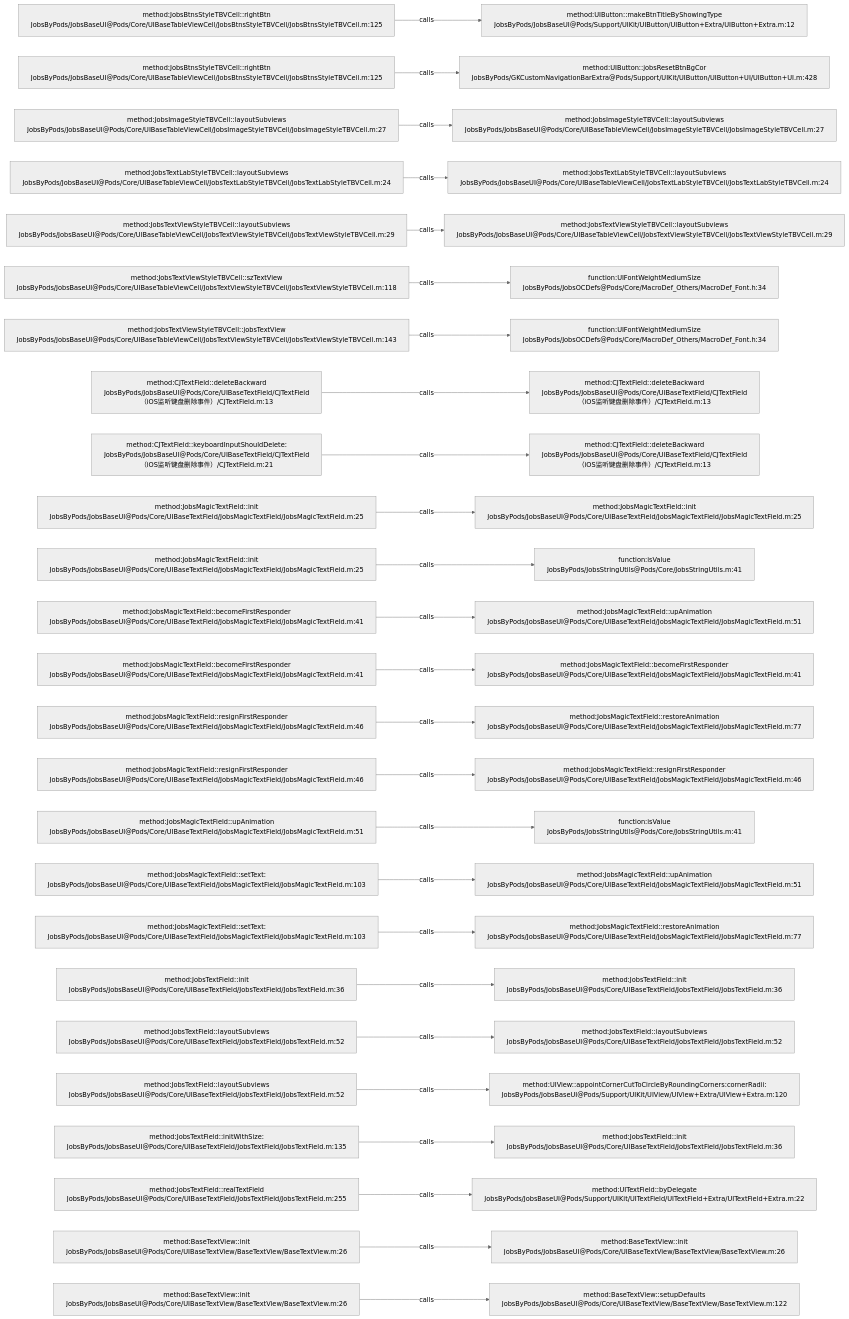
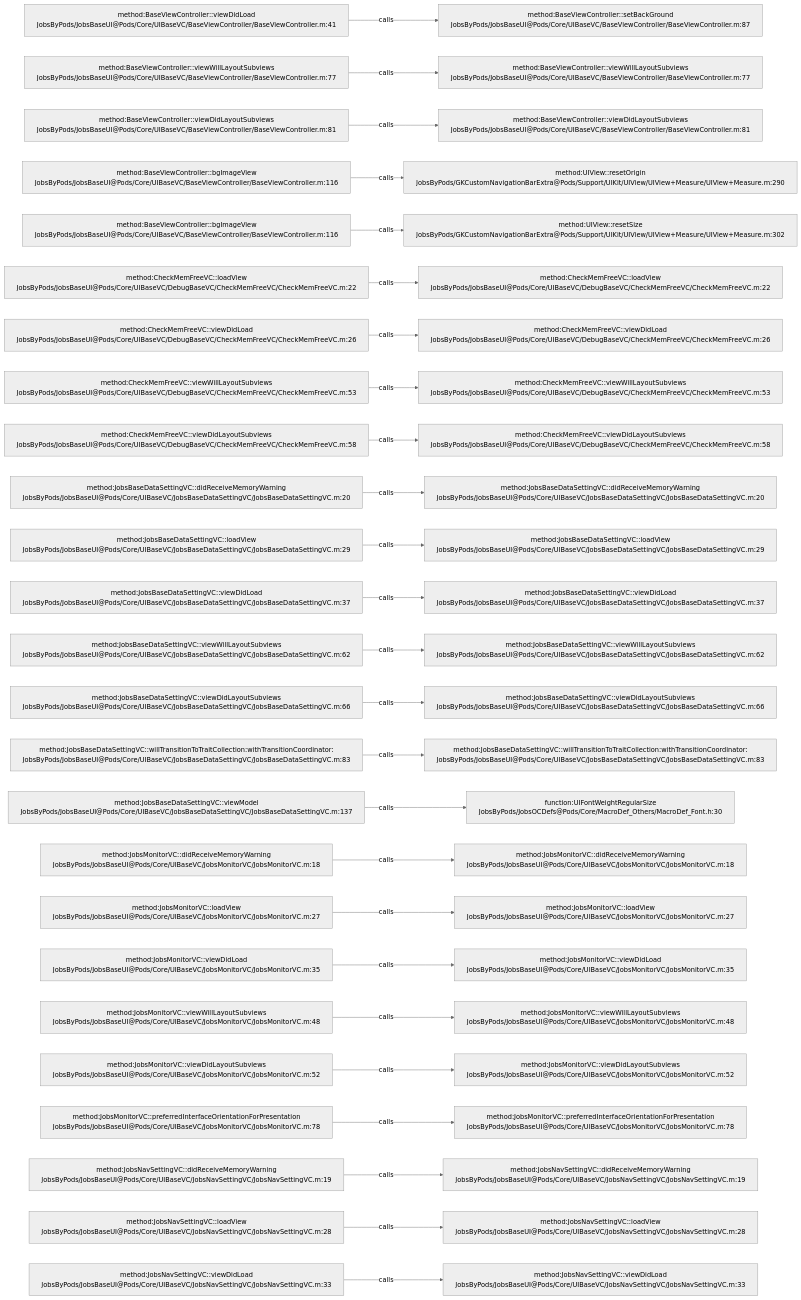
One commit to JobsKits/JobsOCBaseConfigDemo changed the diagram in .codegraph/codegraph.md/graphs/calls-032.md. Above: the diagram before and after it, drawn with Mermaid (neutral theme). The commit also changed 639 other files, not shown here.

````diff
--- a/.codegraph/codegraph.md/graphs/calls-032.md
+++ b/.codegraph/codegraph.md/graphs/calls-032.md
@@ -13,78 +13,78 @@
 ```mermaid
 flowchart LR
-  S1["method:JobsBtnsStyleTBVCell::rightBtn<br/>JobsByPods/JobsBaseUI@Pods/Core/UIBaseTableViewCell/JobsBtnsStyleTBVCell/JobsBtnsStyleTBVCell.m:125"]
-  T1["method:UIButton::makeBtnTitleByShowingType<br/>JobsByPods/JobsBaseUI@Pods/Support/UIKit/UIButton/UIButton+Extra/UIButton+Extra.m:12"]
+  S1["method:BaseViewController::viewDidLoad<br/>JobsByPods/JobsBaseUI@Pods/Core/UIBaseVC/BaseViewController/BaseViewController.m:41"]
+  T1["method:BaseViewController::setBackGround<br/>JobsByPods/JobsBaseUI@Pods/Core/UIBaseVC/BaseViewController/BaseViewController.m:87"]
   S1 -->|calls| T1
-  S2["method:JobsBtnsStyleTBVCell::rightBtn<br/>JobsByPods/JobsBaseUI@Pods/Core/UIBaseTableViewCell/JobsBtnsStyleTBVCell/JobsBtnsStyleTBVCell.m:125"]
-  T2["method:UIButton::jobsResetBtnBgCor<br/>JobsByPods/GKCustomNavigationBarExtra@Pods/Support/UIKit/UIButton/UIButton+UI/UIButton+UI.m:428"]
+  S2["method:BaseViewController::viewWillLayoutSubviews<br/>JobsByPods/JobsBaseUI@Pods/Core/UIBaseVC/BaseViewController/BaseViewController.m:77"]
+  T2["method:BaseViewController::viewWillLayoutSubviews<br/>JobsByPods/JobsBaseUI@Pods/Core/UIBaseVC/BaseViewController/BaseViewController.m:77"]
   S2 -->|calls| T2
-  S3["method:JobsImageStyleTBVCell::layoutSubviews<br/>JobsByPods/JobsBaseUI@Pods/Core/UIBaseTableViewCell/JobsImageStyleTBVCell/JobsImageStyleTBVCell.m:27"]
-  T3["method:JobsImageStyleTBVCell::layoutSubviews<br/>JobsByPods/JobsBaseUI@Pods/Core/UIBaseTableViewCell/JobsImageStyleTBVCell/JobsImageStyleTBVCell.m:27"]
+  S3["method:BaseViewController::viewDidLayoutSubviews<br/>JobsByPods/JobsBaseUI@Pods/Core/UIBaseVC/BaseViewController/BaseViewController.m:81"]
+  T3["method:BaseViewController::viewDidLayoutSubviews<br/>JobsByPods/JobsBaseUI@Pods/Core/UIBaseVC/BaseViewController/BaseViewController.m:81"]
   S3 -->|calls| T3
-  S4["method:JobsTextLabStyleTBVCell::layoutSubviews<br/>JobsByPods/JobsBaseUI@Pods/Core/UIBaseTableViewCell/JobsTextLabStyleTBVCell/JobsTextLabStyleTBVCell.m:24"]
-  T4["method:JobsTextLabStyleTBVCell::layoutSubviews<br/>JobsByPods/JobsBaseUI@Pods/Core/UIBaseTableViewCell/JobsTextLabStyleTBVCell/JobsTextLabStyleTBVCell.m:24"]
+  S4["method:BaseViewController::bgImageView<br/>JobsByPods/JobsBaseUI@Pods/Core/UIBaseVC/BaseViewController/BaseViewController.m:116"]
+  T4["method:UIView::resetOrigin<br/>JobsByPods/GKCustomNavigationBarExtra@Pods/Support/UIKit/UIView/UIView+Measure/UIView+Measure.m:290"]
   S4 -->|calls| T4
-  S5["method:JobsTextViewStyleTBVCell::layoutSubviews<br/>JobsByPods/JobsBaseUI@Pods/Core/UIBaseTableViewCell/JobsTextViewStyleTBVCell/JobsTextViewStyleTBVCell.m:29"]
-  T5["method:JobsTextViewStyleTBVCell::layoutSubviews<br/>JobsByPods/JobsBaseUI@Pods/Core/UIBaseTableViewCell/JobsTextViewStyleTBVCell/JobsTextViewStyleTBVCell.m:29"]
+  S5["method:BaseViewController::bgImageView<br/>JobsByPods/JobsBaseUI@Pods/Core/UIBaseVC/BaseViewController/BaseViewController.m:116"]
+  T5["method:UIView::resetSize<br/>JobsByPods/GKCustomNavigationBarExtra@Pods/Support/UIKit/UIView/UIView+Measure/UIView+Measure.m:302"]
   S5 -->|calls| T5
-  S6["method:JobsTextViewStyleTBVCell::szTextView<br/>JobsByPods/JobsBaseUI@Pods/Core/UIBaseTableViewCell/JobsTextViewStyleTBVCell/JobsTextViewStyleTBVCell.m:118"]
-  T6["function:UIFontWeightMediumSize<br/>JobsByPods/JobsOCDefs@Pods/Core/MacroDef_Others/MacroDef_Font.h:34"]
+  S6["method:CheckMemFreeVC::loadView<br/>JobsByPods/JobsBaseUI@Pods/Core/UIBaseVC/DebugBaseVC/CheckMemFreeVC/CheckMemFreeVC.m:22"]
+  T6["method:CheckMemFreeVC::loadView<br/>JobsByPods/JobsBaseUI@Pods/Core/UIBaseVC/DebugBaseVC/CheckMemFreeVC/CheckMemFreeVC.m:22"]
   S6 -->|calls| T6
-  S7["method:JobsTextViewStyleTBVCell::jobsTextView<br/>JobsByPods/JobsBaseUI@Pods/Core/UIBaseTableViewCell/JobsTextViewStyleTBVCell/JobsTextViewStyleTBVCell.m:143"]
-  T7["function:UIFontWeightMediumSize<br/>JobsByPods/JobsOCDefs@Pods/Core/MacroDef_Others/MacroDef_Font.h:34"]
+  S7["method:CheckMemFreeVC::viewDidLoad<br/>JobsByPods/JobsBaseUI@Pods/Core/UIBaseVC/DebugBaseVC/CheckMemFreeVC/CheckMemFreeVC.m:26"]
+  T7["method:CheckMemFreeVC::viewDidLoad<br/>JobsByPods/JobsBaseUI@Pods/Core/UIBaseVC/DebugBaseVC/CheckMemFreeVC/CheckMemFreeVC.m:26"]
   S7 -->|calls| T7
-  S8["method:CJTextField::deleteBackward<br/>JobsByPods/JobsBaseUI@Pods/Core/UIBaseTextField/CJTextField（iOS监听键盘删除事件）/CJTextField.m:13"]
-  T8["method:CJTextField::deleteBackward<br/>JobsByPods/JobsBaseUI@Pods/Core/UIBaseTextField/CJTextField（iOS监听键盘删除事件）/CJTextField.m:13"]
+  S8["method:CheckMemFreeVC::viewWillLayoutSubviews<br/>JobsByPods/JobsBaseUI@Pods/Core/UIBaseVC/DebugBaseVC/CheckMemFreeVC/CheckMemFreeVC.m:53"]
+  T8["method:CheckMemFreeVC::viewWillLayoutSubviews<br/>JobsByPods/JobsBaseUI@Pods/Core/UIBaseVC/DebugBaseVC/CheckMemFreeVC/CheckMemFreeVC.m:53"]
   S8 -->|calls| T8
-  S9["method:CJTextField::keyboardInputShouldDelete:<br/>JobsByPods/JobsBaseUI@Pods/Core/UIBaseTextField/CJTextField（iOS监听键盘删除事件）/CJTextField.m:21"]
-  T9["method:CJTextField::deleteBackward<br/>JobsByPods/JobsBaseUI@Pods/Core/UIBaseTextField/CJTextField（iOS监听键盘删除事件）/CJTextField.m:13"]
+  S9["method:CheckMemFreeVC::viewDidLayoutSubviews<br/>JobsByPods/JobsBaseUI@Pods/Core/UIBaseVC/DebugBaseVC/CheckMemFreeVC/CheckMemFreeVC.m:58"]
+  T9["method:CheckMemFreeVC::viewDidLayoutSubviews<br/>JobsByPods/JobsBaseUI@Pods/Core/UIBaseVC/DebugBaseVC/CheckMemFreeVC/CheckMemFreeVC.m:58"]
   S9 -->|calls| T9
-  S10["method:JobsMagicTextField::init<br/>JobsByPods/JobsBaseUI@Pods/Core/UIBaseTextField/JobsMagicTextField/JobsMagicTextField.m:25"]
-  T10["method:JobsMagicTextField::init<br/>JobsByPods/JobsBaseUI@Pods/Core/UIBaseTextField/JobsMagicTextField/JobsMagicTextField.m:25"]
+  S10["method:JobsBaseDataSettingVC::didReceiveMemoryWarning<br/>JobsByPods/JobsBaseUI@Pods/Core/UIBaseVC/JobsBaseDataSettingVC/JobsBaseDataSettingVC.m:20"]
+  T10["method:JobsBaseDataSettingVC::didReceiveMemoryWarning<br/>JobsByPods/JobsBaseUI@Pods/Core/UIBaseVC/JobsBaseDataSettingVC/JobsBaseDataSettingVC.m:20"]
   S10 -->|calls| T10
-  S11["method:JobsMagicTextField::init<br/>JobsByPods/JobsBaseUI@Pods/Core/UIBaseTextField/JobsMagicTextField/JobsMagicTextField.m:25"]
-  T11["function:isValue<br/>JobsByPods/JobsStringUtils@Pods/Core/JobsStringUtils.m:41"]
+  S11["method:JobsBaseDataSettingVC::loadView<br/>JobsByPods/JobsBaseUI@Pods/Core/UIBaseVC/JobsBaseDataSettingVC/JobsBaseDataSettingVC.m:29"]
+  T11["method:JobsBaseDataSettingVC::loadView<br/>JobsByPods/JobsBaseUI@Pods/Core/UIBaseVC/JobsBaseDataSettingVC/JobsBaseDataSettingVC.m:29"]
   S11 -->|calls| T11
-  S12["method:JobsMagicTextField::becomeFirstResponder<br/>JobsByPods/JobsBaseUI@Pods/Core/UIBaseTextField/JobsMagicTextField/JobsMagicTextField.m:41"]
-  T12["method:JobsMagicTextField::upAnimation<br/>JobsByPods/JobsBaseUI@Pods/Core/UIBaseTextField/JobsMagicTextField/JobsMagicTextField.m:51"]
+  S12["method:JobsBaseDataSettingVC::viewDidLoad<br/>JobsByPods/JobsBaseUI@Pods/Core/UIBaseVC/JobsBaseDataSettingVC/JobsBaseDataSettingVC.m:37"]
+  T12["method:JobsBaseDataSettingVC::viewDidLoad<br/>JobsByPods/JobsBaseUI@Pods/Core/UIBaseVC/JobsBaseDataSettingVC/JobsBaseDataSettingVC.m:37"]
   S12 -->|calls| T12
-  S13["method:JobsMagicTextField::becomeFirstResponder<br/>JobsByPods/JobsBaseUI@Pods/Core/UIBaseTextField/JobsMagicTextField/JobsMagicTextField.m:41"]
-  T13["method:JobsMagicTextField::becomeFirstResponder<br/>JobsByPods/JobsBaseUI@Pods/Core/UIBaseTextField/JobsMagicTextField/JobsMagicTextField.m:41"]
+  S13["method:JobsBaseDataSettingVC::viewWillLayoutSubviews<br/>JobsByPods/JobsBaseUI@Pods/Core/UIBaseVC/JobsBaseDataSettingVC/JobsBaseDataSettingVC.m:62"]
+  T13["method:JobsBaseDataSettingVC::viewWillLayoutSubviews<br/>JobsByPods/JobsBaseUI@Pods/Core/UIBaseVC/JobsBaseDataSettingVC/JobsBaseDataSettingVC.m:62"]
   S13 -->|calls| T13
-  S14["method:JobsMagicTextField::resignFirstResponder<br/>JobsByPods/JobsBaseUI@Pods/Core/UIBaseTextField/JobsMagicTextField/JobsMagicTextField.m:46"]
-  T14["method:JobsMagicTextField::restoreAnimation<br/>JobsByPods/JobsBaseUI@Pods/Core/UIBaseTextField/JobsMagicTextField/JobsMagicTextField.m:77"]
+  S14["method:JobsBaseDataSettingVC::viewDidLayoutSubviews<br/>JobsByPods/JobsBaseUI@Pods/Core/UIBaseVC/JobsBaseDataSettingVC/JobsBaseDataSettingVC.m:66"]
+  T14["method:JobsBaseDataSettingVC::viewDidLayoutSubviews<br/>JobsByPods/JobsBaseUI@Pods/Core/UIBaseVC/JobsBaseDataSettingVC/JobsBaseDataSettingVC.m:66"]
   S14 -->|calls| T14
-  S15["method:JobsMagicTextField::resignFirstResponder<br/>JobsByPods/JobsBaseUI@Pods/Core/UIBaseTextField/JobsMagicTextField/JobsMagicTextField.m:46"]
-  T15["method:JobsMagicTextField::resignFirstResponder<br/>JobsByPods/JobsBaseUI@Pods/Core/UIBaseTextField/JobsMagicTextField/JobsMagicTextField.m:46"]
+  S15["method:JobsBaseDataSettingVC::willTransitionToTraitCollection:withTransitionCoordinator:<br/>JobsByPods/JobsBaseUI@Pods/Core/UIBaseVC/JobsBaseDataSettingVC/JobsBaseDataSettingVC.m:83"]
+  T15["method:JobsBaseDataSettingVC::willTransitionToTraitCollection:withTransitionCoordinator:<br/>JobsByPods/JobsBaseUI@Pods/Core/UIBaseVC/JobsBaseDataSettingVC/JobsBaseDataSettingVC.m:83"]
   S15 -->|calls| T15
-  S16["method:JobsMagicTextField::upAnimation<br/>JobsByPods/JobsBaseUI@Pods/Core/UIBaseTextField/JobsMagicTextField/JobsMagicTextField.m:51"]
-  T16["function:isValue<br/>JobsByPods/JobsStringUtils@Pods/Core/JobsStringUtils.m:41"]
+  S16["method:JobsBaseDataSettingVC::viewModel<br/>JobsByPods/JobsBaseUI@Pods/Core/UIBaseVC/JobsBaseDataSettingVC/JobsBaseDataSettingVC.m:137"]
+  T16["function:UIFontWeightRegularSize<br/>JobsByPods/JobsOCDefs@Pods/Core/MacroDef_Others/MacroDef_Font.h:30"]
   S16 -->|calls| T16
-  S17["method:JobsMagicTextField::setText:<br/>JobsByPods/JobsBaseUI@Pods/Core/UIBaseTextField/JobsMagicTextField/JobsMagicTextField.m:103"]
-  T17["method:JobsMagicTextField::upAnimation<br/>JobsByPods/JobsBaseUI@Pods/Core/UIBaseTextField/JobsMagicTextField/JobsMagicTextField.m:51"]
+  S17["method:JobsMonitorVC::didReceiveMemoryWarning<br/>JobsByPods/JobsBaseUI@Pods/Core/UIBaseVC/JobsMonitorVC/JobsMonitorVC.m:18"]
+  T17["method:JobsMonitorVC::didReceiveMemoryWarning<br/>JobsByPods/JobsBaseUI@Pods/Core/UIBaseVC/JobsMonitorVC/JobsMonitorVC.m:18"]
   S17 -->|calls| T17
-  S18["method:JobsMagicTextField::setText:<br/>JobsByPods/JobsBaseUI@Pods/Core/UIBaseTextField/JobsMagicTextField/JobsMagicTextField.m:103"]
-  T18["method:JobsMagicTextField::restoreAnimation<br/>JobsByPods/JobsBaseUI@Pods/Core/UIBaseTextField/JobsMagicTextField/JobsMagicTextField.m:77"]
+  S18["method:JobsMonitorVC::loadView<br/>JobsByPods/JobsBaseUI@Pods/Core/UIBaseVC/JobsMonitorVC/JobsMonitorVC.m:27"]
+  T18["method:JobsMonitorVC::loadView<br/>JobsByPods/JobsBaseUI@Pods/Core/UIBaseVC/JobsMonitorVC/JobsMonitorVC.m:27"]
   S18 -->|calls| T18
-  S19["method:JobsTextField::init<br/>JobsByPods/JobsBaseUI@Pods/Core/UIBaseTextField/JobsTextField/JobsTextField.m:36"]
-  T19["method:JobsTextField::init<br/>JobsByPods/JobsBaseUI@Pods/Core/UIBaseTextField/JobsTextField/JobsTextField.m:36"]
+  S19["method:JobsMonitorVC::viewDidLoad<br/>JobsByPods/JobsBaseUI@Pods/Core/UIBaseVC/JobsMonitorVC/JobsMonitorVC.m:35"]
+  T19["method:JobsMonitorVC::viewDidLoad<br/>JobsByPods/JobsBaseUI@Pods/Core/UIBaseVC/JobsMonitorVC/JobsMonitorVC.m:35"]
   S19 -->|calls| T19
-  S20["method:JobsTextField::layoutSubviews<br/>JobsByPods/JobsBaseUI@Pods/Core/UIBaseTextField/JobsTextField/JobsTextField.m:52"]
-  T20["method:JobsTextField::layoutSubviews<br/>JobsByPods/JobsBaseUI@Pods/Core/UIBaseTextField/JobsTextField/JobsTextField.m:52"]
+  S20["method:JobsMonitorVC::viewWillLayoutSubviews<br/>JobsByPods/JobsBaseUI@Pods/Core/UIBaseVC/JobsMonitorVC/JobsMonitorVC.m:48"]
+  T20["method:JobsMonitorVC::viewWillLayoutSubviews<br/>JobsByPods/JobsBaseUI@Pods/Core/UIBaseVC/JobsMonitorVC/JobsMonitorVC.m:48"]
   S20 -->|calls| T20
-  S21["method:JobsTextField::layoutSubviews<br/>JobsByPods/JobsBaseUI@Pods/Core/UIBaseTextField/JobsTextField/JobsTextField.m:52"]
-  T21["method:UIView::appointCornerCutToCircleByRoundingCorners:cornerRadii:<br/>JobsByPods/JobsBaseUI@Pods/Support/UIKit/UIView/UIView+Extra/UIView+Extra.m:120"]
+  S21["method:JobsMonitorVC::viewDidLayoutSubviews<br/>JobsByPods/JobsBaseUI@Pods/Core/UIBaseVC/JobsMonitorVC/JobsMonitorVC.m:52"]
+  T21["method:JobsMonitorVC::viewDidLayoutSubviews<br/>JobsByPods/JobsBaseUI@Pods/Core/UIBaseVC/JobsMonitorVC/JobsMonitorVC.m:52"]
   S21 -->|calls| T21
-  S22["method:JobsTextField::initWithSize:<br/>JobsByPods/JobsBaseUI@Pods/Core/UIBaseTextField/JobsTextField/JobsTextField.m:135"]
-  T22["method:JobsTextField::init<br/>JobsByPods/JobsBaseUI@Pods/Core/UIBaseTextField/JobsTextField/JobsTextField.m:36"]
+  S22["method:JobsMonitorVC::preferredInterfaceOrientationForPresentation<br/>JobsByPods/JobsBaseUI@Pods/Core/UIBaseVC/JobsMonitorVC/JobsMonitorVC.m:78"]
+  T22["method:JobsMonitorVC::preferredInterfaceOrientationForPresentation<br/>JobsByPods/JobsBaseUI@Pods/Core/UIBaseVC/JobsMonitorVC/JobsMonitorVC.m:78"]
   S22 -->|calls| T22
-  S23["method:JobsTextField::realTextField<br/>JobsByPods/JobsBaseUI@Pods/Core/UIBaseTextField/JobsTextField/JobsTextField.m:255"]
-  T23["method:UITextField::byDelegate<br/>JobsByPods/JobsBaseUI@Pods/Support/UIKit/UITextField/UITextField+Extra/UITextField+Extra.m:22"]
+  S23["method:JobsNavSettingVC::didReceiveMemoryWarning<br/>JobsByPods/JobsBaseUI@Pods/Core/UIBaseVC/JobsNavSettingVC/JobsNavSettingVC.m:19"]
+  T23["method:JobsNavSettingVC::didReceiveMemoryWarning<br/>JobsByPods/JobsBaseUI@Pods/Core/UIBaseVC/JobsNavSettingVC/JobsNavSettingVC.m:19"]
   S23 -->|calls| T23
-  S24["method:BaseTextView::init<br/>JobsByPods/JobsBaseUI@Pods/Core/UIBaseTextView/BaseTextView/BaseTextView.m:26"]
-  T24["method:BaseTextView::init<br/>JobsByPods/JobsBaseUI@Pods/Core/UIBaseTextView/BaseTextView/BaseTextView.m:26"]
+  S24["method:JobsNavSettingVC::loadView<br/>JobsByPods/JobsBaseUI@Pods/Core/UIBaseVC/JobsNavSettingVC/JobsNavSettingVC.m:28"]
+  T24["method:JobsNavSettingVC::loadView<br/>JobsByPods/JobsBaseUI@Pods/Core/UIBaseVC/JobsNavSettingVC/JobsNavSettingVC.m:28"]
   S24 -->|calls| T24
-  S25["method:BaseTextView::init<br/>JobsByPods/JobsBaseUI@Pods/Core/UIBaseTextView/BaseTextView/BaseTextView.m:26"]
-  T25["method:BaseTextView::setupDefaults<br/>JobsByPods/JobsBaseUI@Pods/Core/UIBaseTextView/BaseTextView/BaseTextView.m:122"]
+  S25["method:JobsNavSettingVC::viewDidLoad<br/>JobsByPods/JobsBaseUI@Pods/Core/UIBaseVC/JobsNavSettingVC/JobsNavSettingVC.m:33"]
+  T25["method:JobsNavSettingVC::viewDidLoad<br/>JobsByPods/JobsBaseUI@Pods/Core/UIBaseVC/JobsNavSettingVC/JobsNavSettingVC.m:33"]
   S25 -->|calls| T25
 ```
````
